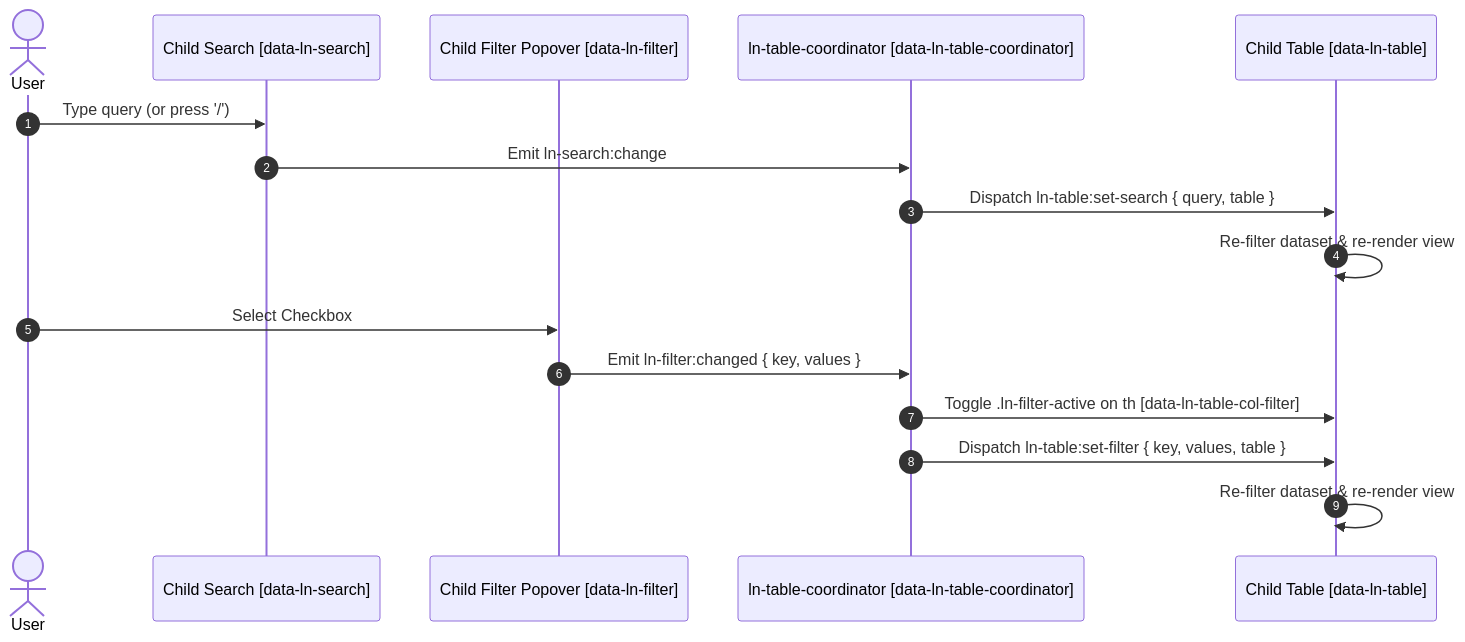
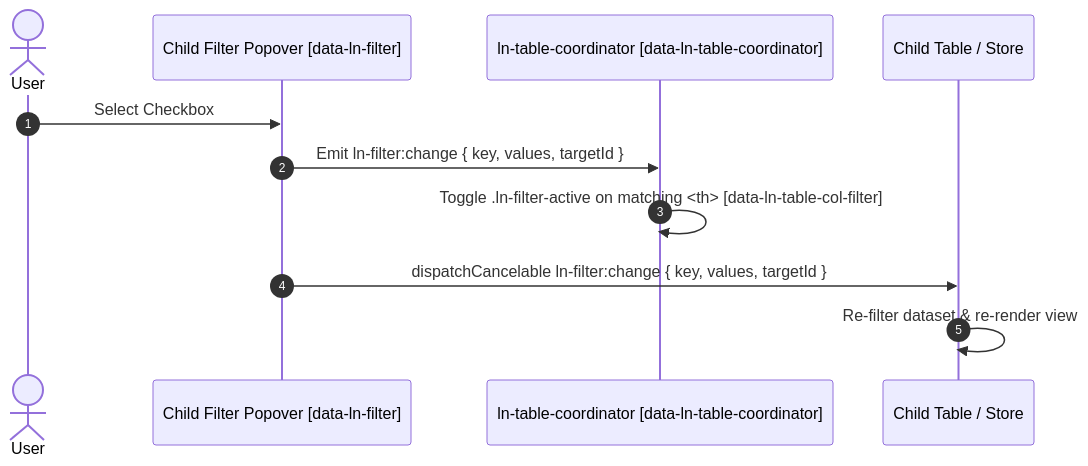
One commit to livenetworks/ln-ashlar changed the diagram in docs-mcp/components/ln-table-coordinator.md. Above: the diagram before and after it, drawn with Mermaid. The commit also changed other lines of this file and 28 other files, not shown here.

````diff
--- a/docs-mcp/components/ln-table-coordinator.md
+++ b/docs-mcp/components/ln-table-coordinator.md
@@ -228,20 +243,14 @@
 ```mermaid
 sequenceDiagram
     autonumber
     actor User
-    participant Search as Child Search [data-ln-search]
     participant FilterPopover as Child Filter Popover [data-ln-filter]
     participant Coord as ln-table-coordinator [data-ln-table-coordinator]
-    participant Table as Child Table [data-ln-table]
-
-    User->>Search: Type query (or press '/')
-    Search->>Coord: Emit ln-search:change
-    Coord->>Table: Dispatch ln-table:set-search { query, table }
-    Table->>Table: Re-filter dataset & re-render view
+    participant Table as Child Table / Store
 
     User->>FilterPopover: Select Checkbox
-    FilterPopover->>Coord: Emit ln-filter:changed { key, values }
-    Coord->>Table: Toggle .ln-filter-active on th [data-ln-table-col-filter]
-    Coord->>Table: Dispatch ln-table:set-filter { key, values, table }
+    FilterPopover->>Coord: Emit ln-filter:change { key, values, targetId }
+    Coord->>Coord: Toggle .ln-filter-active on matching <th> [data-ln-table-col-filter]
+    FilterPopover->>Table: dispatchCancelable ln-filter:change { key, values, targetId }
     Table->>Table: Re-filter dataset & re-render view
 ```
````
